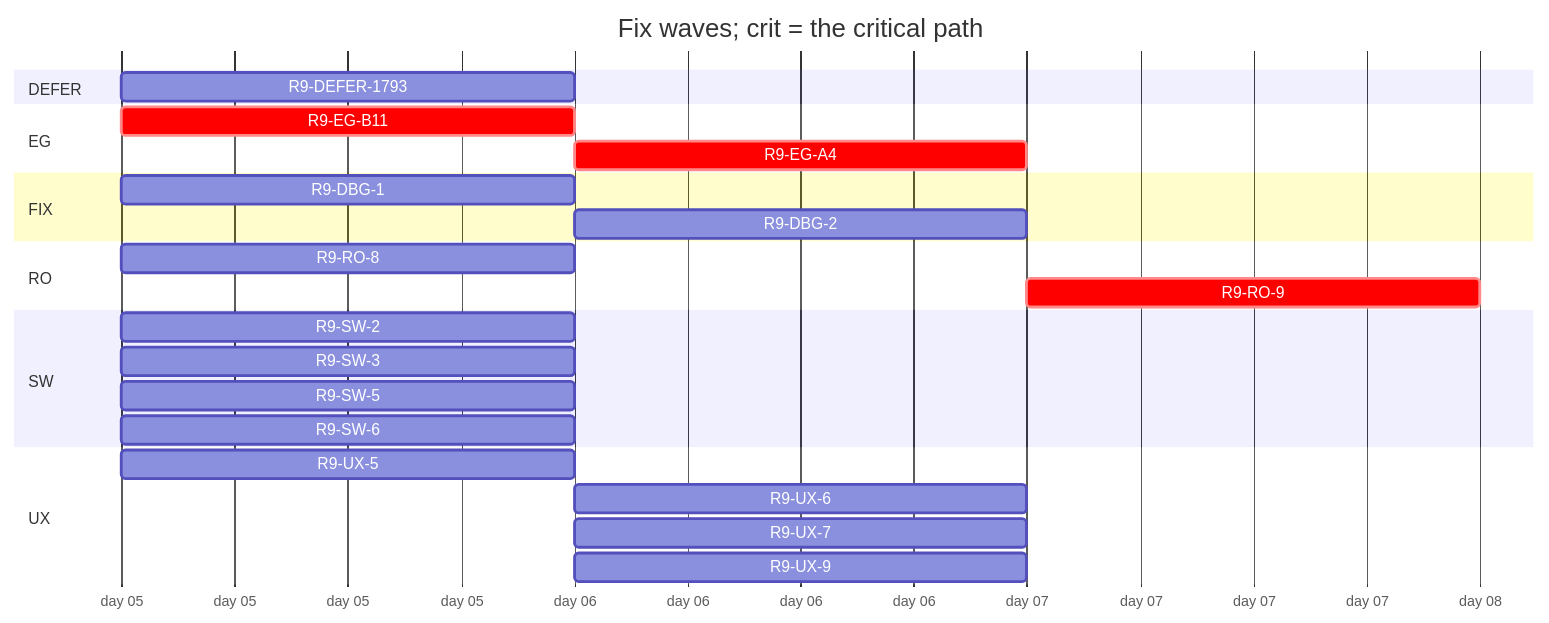
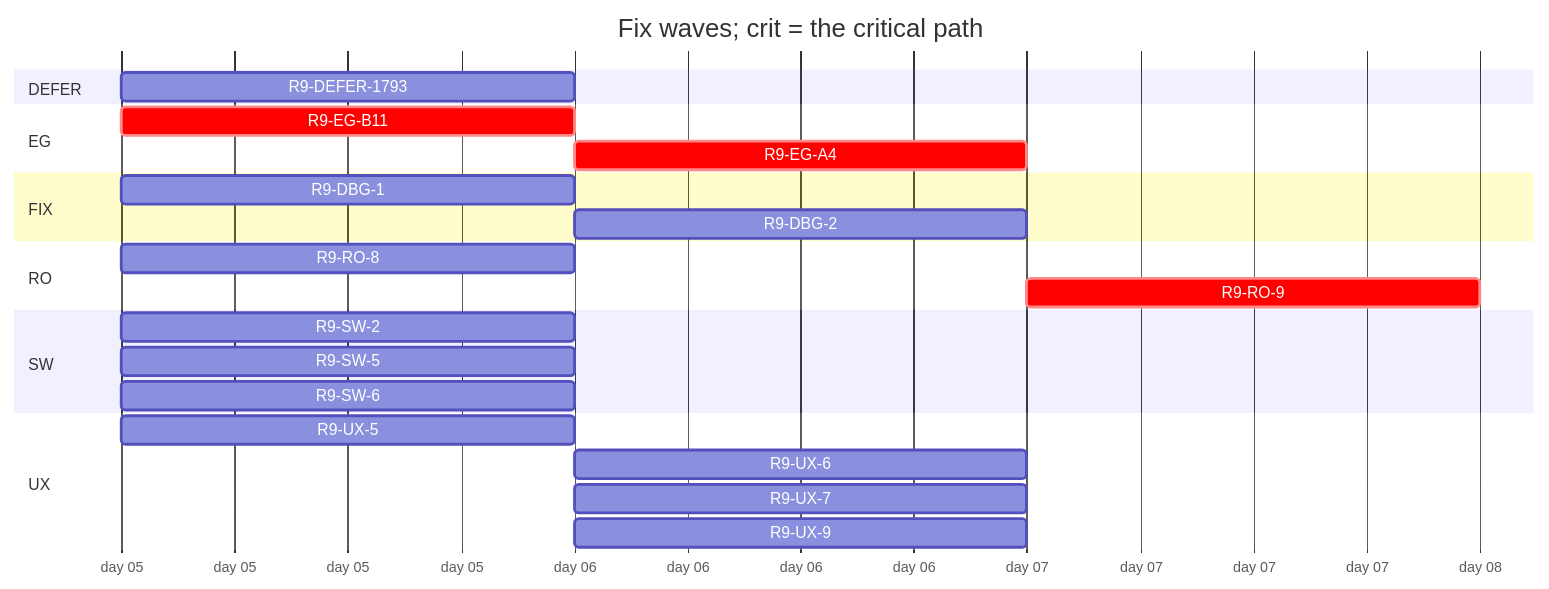
Before and after one commit to tvofi/heatpump_optimizer: the diagram in handoff/round9/state/PLAN-TABLE.md, drawn with Mermaid. The commit also changed other lines of this file and 2 other files, not shown here.

````diff
--- a/handoff/round9/state/PLAN-TABLE.md
+++ b/handoff/round9/state/PLAN-TABLE.md
@@ -19,27 +19,26 @@
 ```mermaid
 gantt
   title Fix waves; crit = the critical path
   dateFormat YYYY-MM-DD
   axisFormat day %d
   section DEFER
     R9-DEFER-1793 :r9DEFER1793, 2026-01-05, 1d
   section EG
     R9-EG-B11 :crit, r9EGB11, 2026-01-05, 1d
     R9-EG-A4 :crit, r9EGA4, after r9EGB11, 1d
   section FIX
     R9-DBG-1 :r9DBG1, 2026-01-05, 1d
     R9-DBG-2 :r9DBG2, after r9DBG1, 1d
   section RO
     R9-RO-8 :r9RO8, 2026-01-05, 1d
     R9-RO-9 :crit, r9RO9, after r9RO8 r9EGA4 r9UX5 r9UX6 r9UX7, 1d
   section SW
     R9-SW-2 :r9SW2, 2026-01-05, 1d
-    R9-SW-3 :r9SW3, 2026-01-05, 1d
     R9-SW-5 :r9SW5, 2026-01-05, 1d
     R9-SW-6 :r9SW6, 2026-01-05, 1d
   section UX
     R9-UX-5 :r9UX5, 2026-01-05, 1d
     R9-UX-6 :r9UX6, after r9EGB11 r9UX5, 1d
     R9-UX-7 :r9UX7, after r9EGB11 r9UX5, 1d
     R9-UX-9 :r9UX9, after r9SW6, 1d
 ```
````
